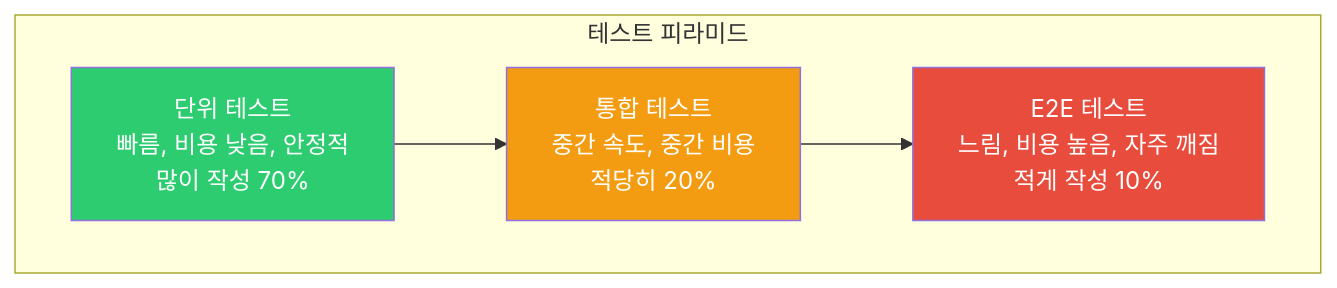
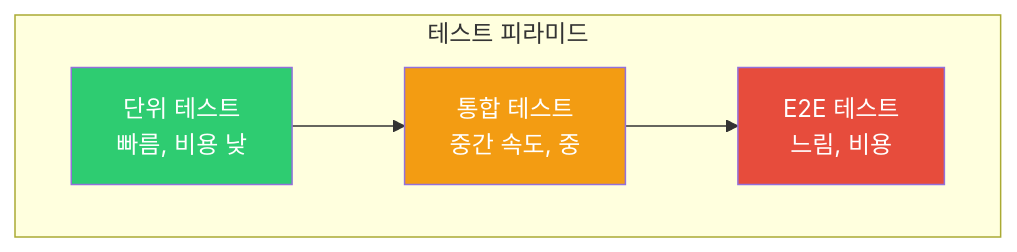
The first of 3 diagrams in _posts/frontend/2026-05-02-frontend-testing.md (yjkim2015/yjkim2015.github.io), drawn with Mermaid before and after one commit. The commit also changed other lines of this file and 271 other files, not shown here.

First line of the commit message:
Mermaid 라벨 축소: 긴 노드 텍스트 18자 이하로 트림 + \n 제거

````diff
--- a/_posts/frontend/2026-05-02-frontend-testing.md
+++ b/_posts/frontend/2026-05-02-frontend-testing.md
@@ -26,13 +26,13 @@
 ```mermaid
 graph TD
     subgraph "테스트 피라미드"
-        E2E["E2E 테스트<br>느림, 비용 높음, 자주 깨짐<br>적게 작성 10%"]
-        INT["통합 테스트<br>중간 속도, 중간 비용<br>적당히 20%"]
-        UNIT["단위 테스트<br>빠름, 비용 낮음, 안정적<br>많이 작성 70%"]
+        E2E["E2E 테스트<br>느림, 비용"]
+        INT["통합 테스트<br>중간 속도, 중"]
+        UNIT["단위 테스트<br>빠름, 비용 낮"]
     end
     UNIT --> INT
     INT --> E2E
     style E2E fill:#e74c3c,color:#fff
     style INT fill:#f39c12,color:#fff
     style UNIT fill:#2ecc71,color:#fff
 ```
````
